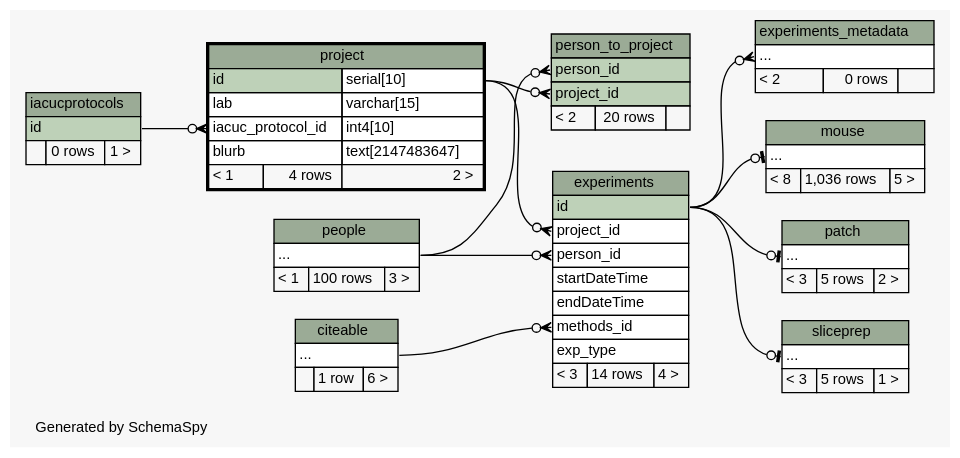
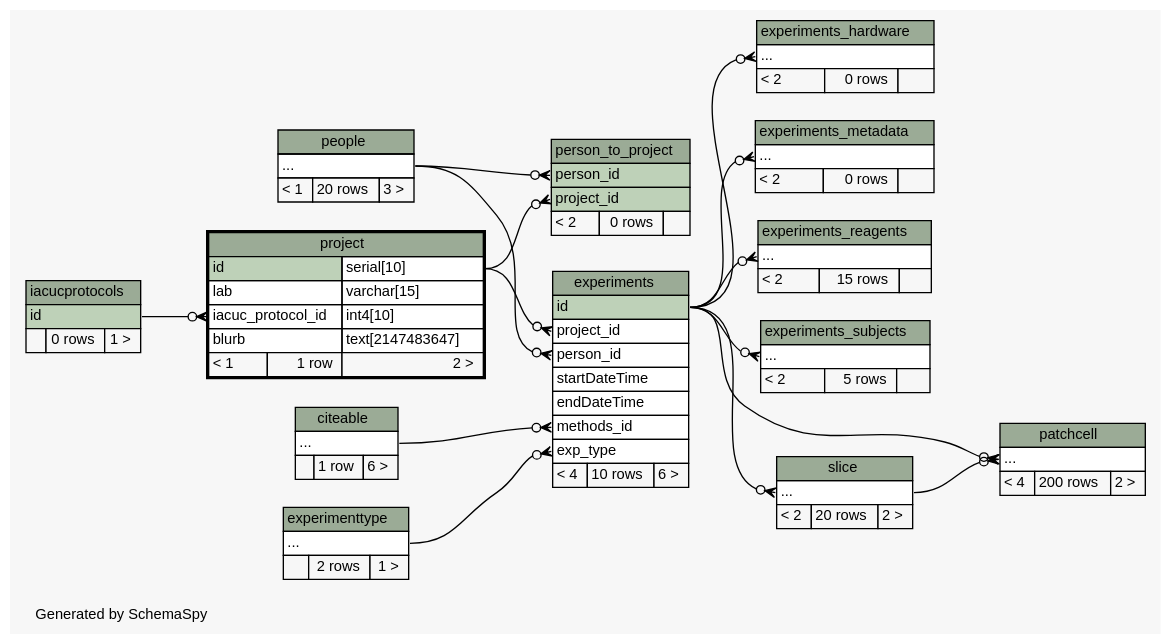
The diagram in database/ss/diagrams/project.2degrees.dot (tgbugs/mlab), drawn with Graphviz before and after one commit. The commit also changed 215 other files, not shown here.

Commit message:
need to clean up cells so that they play nice with the new m-m experiments-subjects

```diff
--- a/database/ss/diagrams/project.2degrees.dot
+++ b/database/ss/diagrams/project.2degrees.dot
@@ -1,142 +1,176 @@
 // dot 2.32.0 on Windows 7 6.1
 // SchemaSpy rev 590
 digraph "twoDegreesRelationshipsDiagram" {
   graph [
     rankdir="RL"
     bgcolor="#f7f7f7"
     label="\nGenerated by SchemaSpy"
     labeljust="l"
     nodesep="0.18"
     ranksep="0.46"
     fontname="Helvetica"
     fontsize="11"
   ];
   node [
     fontname="Helvetica"
     fontsize="11"
     shape="plaintext"
   ];
   edge [
     arrowsize="0.8"
   ];
+  "experiments":"exp_type":w -> "experimenttype":"elipses":e [arrowhead=none dir=back arrowtail=crowodot];
   "experiments":"methods_id":w -> "citeable":"elipses":e [arrowhead=none dir=back arrowtail=crowodot];
   "experiments":"person_id":w -> "people":"elipses":e [arrowhead=none dir=back arrowtail=crowodot];
   "experiments":"project_id":w -> "project":"id.type":e [arrowhead=none dir=back arrowtail=crowodot];
+  "experiments_hardware":"elipses":w -> "experiments":"id":e [arrowhead=none dir=back arrowtail=crowodot];
   "experiments_metadata":"elipses":w -> "experiments":"id":e [arrowhead=none dir=back arrowtail=crowodot];
-  "mouse":"elipses":w -> "experiments":"id":e [arrowhead=none dir=back arrowtail=teeodot];
-  "patch":"elipses":w -> "experiments":"id":e [arrowhead=none dir=back arrowtail=teeodot];
+  "experiments_reagents":"elipses":w -> "experiments":"id":e [arrowhead=none dir=back arrowtail=crowodot];
+  "experiments_subjects":"elipses":w -> "experiments":"id":e [arrowhead=none dir=back arrowtail=crowodot];
+  "patchcell":"elipses":w -> "experiments":"id":e [arrowhead=none dir=back arrowtail=crowodot];
+  "patchcell":"elipses":w -> "slice":"elipses":e [arrowhead=none dir=back arrowtail=crowodot];
   "person_to_project":"person_id":w -> "people":"elipses":e [arrowhead=none dir=back arrowtail=crowodot];
   "person_to_project":"project_id":w -> "project":"id.type":e [arrowhead=none dir=back arrowtail=crowodot];
   "project":"iacuc_protocol_id":w -> "iacucprotocols":"id":e [arrowhead=none dir=back arrowtail=crowodot];
-  "sliceprep":"elipses":w -> "experiments":"id":e [arrowhead=none dir=back arrowtail=teeodot];
+  "slice":"elipses":w -> "experiments":"id":e [arrowhead=none dir=back arrowtail=crowodot];
   "citeable" [
     label=<
     <TABLE BORDER="0" CELLBORDER="1" CELLSPACING="0" BGCOLOR="#ffffff">
       <TR><TD COLSPAN="3" BGCOLOR="#9bab96" ALIGN="CENTER">citeable</TD></TR>
       <TR><TD PORT="elipses" COLSPAN="3" ALIGN="LEFT">...</TD></TR>
       <TR><TD ALIGN="LEFT" BGCOLOR="#f7f7f7">  </TD><TD ALIGN="RIGHT" BGCOLOR="#f7f7f7">1 row</TD><TD ALIGN="RIGHT" BGCOLOR="#f7f7f7">6 &gt;</TD></TR>
     </TABLE>>
     URL="citeable.html"
     tooltip="citeable"
   ];
   "experiments" [
     label=<
     <TABLE BORDER="0" CELLBORDER="1" CELLSPACING="0" BGCOLOR="#ffffff">
       <TR><TD COLSPAN="3" BGCOLOR="#9bab96" ALIGN="CENTER">experiments</TD></TR>
       <TR><TD PORT="id" COLSPAN="3" BGCOLOR="#bed1b8" ALIGN="LEFT">id</TD></TR>
       <TR><TD PORT="project_id" COLSPAN="3" ALIGN="LEFT">project_id</TD></TR>
       <TR><TD PORT="person_id" COLSPAN="3" ALIGN="LEFT">person_id</TD></TR>
       <TR><TD PORT="startDateTime" COLSPAN="3" ALIGN="LEFT">startDateTime</TD></TR>
       <TR><TD PORT="endDateTime" COLSPAN="3" ALIGN="LEFT">endDateTime</TD></TR>
       <TR><TD PORT="methods_id" COLSPAN="3" ALIGN="LEFT">methods_id</TD></TR>
       <TR><TD PORT="exp_type" COLSPAN="3" ALIGN="LEFT">exp_type</TD></TR>
-      <TR><TD ALIGN="LEFT" BGCOLOR="#f7f7f7">&lt; 3</TD><TD ALIGN="RIGHT" BGCOLOR="#f7f7f7">14 rows</TD><TD ALIGN="RIGHT" BGCOLOR="#f7f7f7">4 &gt;</TD></TR>
+      <TR><TD ALIGN="LEFT" BGCOLOR="#f7f7f7">&lt; 4</TD><TD ALIGN="RIGHT" BGCOLOR="#f7f7f7">10 rows</TD><TD ALIGN="RIGHT" BGCOLOR="#f7f7f7">6 &gt;</TD></TR>
     </TABLE>>
     URL="experiments.html"
     tooltip="experiments"
+  ];
+  "experiments_hardware" [
+    label=<
+    <TABLE BORDER="0" CELLBORDER="1" CELLSPACING="0" BGCOLOR="#ffffff">
+      <TR><TD COLSPAN="3" BGCOLOR="#9bab96" ALIGN="CENTER">experiments_hardware</TD></TR>
+      <TR><TD PORT="elipses" COLSPAN="3" ALIGN="LEFT">...</TD></TR>
+      <TR><TD ALIGN="LEFT" BGCOLOR="#f7f7f7">&lt; 2</TD><TD ALIGN="RIGHT" BGCOLOR="#f7f7f7">0 rows</TD><TD ALIGN="RIGHT" BGCOLOR="#f7f7f7">  </TD></TR>
+    </TABLE>>
+    URL="experiments_hardware.html"
+    tooltip="experiments_hardware"
   ];
   "experiments_metadata" [
     label=<
     <TABLE BORDER="0" CELLBORDER="1" CELLSPACING="0" BGCOLOR="#ffffff">
       <TR><TD COLSPAN="3" BGCOLOR="#9bab96" ALIGN="CENTER">experiments_metadata</TD></TR>
       <TR><TD PORT="elipses" COLSPAN="3" ALIGN="LEFT">...</TD></TR>
       <TR><TD ALIGN="LEFT" BGCOLOR="#f7f7f7">&lt; 2</TD><TD ALIGN="RIGHT" BGCOLOR="#f7f7f7">0 rows</TD><TD ALIGN="RIGHT" BGCOLOR="#f7f7f7">  </TD></TR>
     </TABLE>>
     URL="experiments_metadata.html"
     tooltip="experiments_metadata"
   ];
+  "experiments_reagents" [
+    label=<
+    <TABLE BORDER="0" CELLBORDER="1" CELLSPACING="0" BGCOLOR="#ffffff">
+      <TR><TD COLSPAN="3" BGCOLOR="#9bab96" ALIGN="CENTER">experiments_reagents</TD></TR>
+      <TR><TD PORT="elipses" COLSPAN="3" ALIGN="LEFT">...</TD></TR>
+      <TR><TD ALIGN="LEFT" BGCOLOR="#f7f7f7">&lt; 2</TD><TD ALIGN="RIGHT" BGCOLOR="#f7f7f7">15 rows</TD><TD ALIGN="RIGHT" BGCOLOR="#f7f7f7">  </TD></TR>
+    </TABLE>>
+    URL="experiments_reagents.html"
+    tooltip="experiments_reagents"
+  ];
+  "experiments_subjects" [
+    label=<
+    <TABLE BORDER="0" CELLBORDER="1" CELLSPACING="0" BGCOLOR="#ffffff">
+      <TR><TD COLSPAN="3" BGCOLOR="#9bab96" ALIGN="CENTER">experiments_subjects</TD></TR>
+      <TR><TD PORT="elipses" COLSPAN="3" ALIGN="LEFT">...</TD></TR>
+      <TR><TD ALIGN="LEFT" BGCOLOR="#f7f7f7">&lt; 2</TD><TD ALIGN="RIGHT" BGCOLOR="#f7f7f7">5 rows</TD><TD ALIGN="RIGHT" BGCOLOR="#f7f7f7">  </TD></TR>
+    </TABLE>>
+    URL="experiments_subjects.html"
+    tooltip="experiments_subjects"
+  ];
+  "experimenttype" [
+    label=<
+    <TABLE BORDER="0" CELLBORDER="1" CELLSPACING="0" BGCOLOR="#ffffff">
+      <TR><TD COLSPAN="3" BGCOLOR="#9bab96" ALIGN="CENTER">experimenttype</TD></TR>
+      <TR><TD PORT="elipses" COLSPAN="3" ALIGN="LEFT">...</TD></TR>
+      <TR><TD ALIGN="LEFT" BGCOLOR="#f7f7f7">  </TD><TD ALIGN="RIGHT" BGCOLOR="#f7f7f7">2 rows</TD><TD ALIGN="RIGHT" BGCOLOR="#f7f7f7">1 &gt;</TD></TR>
+    </TABLE>>
+    URL="experimenttype.html"
+    tooltip="experimenttype"
+  ];
   "iacucprotocols" [
     label=<
     <TABLE BORDER="0" CELLBORDER="1" CELLSPACING="0" BGCOLOR="#ffffff">
       <TR><TD COLSPAN="3" BGCOLOR="#9bab96" ALIGN="CENTER">iacucprotocols</TD></TR>
       <TR><TD PORT="id" COLSPAN="3" BGCOLOR="#bed1b8" ALIGN="LEFT">id</TD></TR>
       <TR><TD ALIGN="LEFT" BGCOLOR="#f7f7f7">  </TD><TD ALIGN="RIGHT" BGCOLOR="#f7f7f7">0 rows</TD><TD ALIGN="RIGHT" BGCOLOR="#f7f7f7">1 &gt;</TD></TR>
     </TABLE>>
     URL="iacucprotocols.html"
     tooltip="iacucprotocols"
   ];
-  "mouse" [
+  "patchcell" [
     label=<
     <TABLE BORDER="0" CELLBORDER="1" CELLSPACING="0" BGCOLOR="#ffffff">
-      <TR><TD COLSPAN="3" BGCOLOR="#9bab96" ALIGN="CENTER">mouse</TD></TR>
+      <TR><TD COLSPAN="3" BGCOLOR="#9bab96" ALIGN="CENTER">patchcell</TD></TR>
       <TR><TD PORT="elipses" COLSPAN="3" ALIGN="LEFT">...</TD></TR>
-      <TR><TD ALIGN="LEFT" BGCOLOR="#f7f7f7">&lt; 8</TD><TD ALIGN="RIGHT" BGCOLOR="#f7f7f7">1,036 rows</TD><TD ALIGN="RIGHT" BGCOLOR="#f7f7f7">5 &gt;</TD></TR>
+      <TR><TD ALIGN="LEFT" BGCOLOR="#f7f7f7">&lt; 4</TD><TD ALIGN="RIGHT" BGCOLOR="#f7f7f7">200 rows</TD><TD ALIGN="RIGHT" BGCOLOR="#f7f7f7">2 &gt;</TD></TR>
     </TABLE>>
-    URL="mouse.html"
-    tooltip="mouse"
-  ];
-  "patch" [
-    label=<
-    <TABLE BORDER="0" CELLBORDER="1" CELLSPACING="0" BGCOLOR="#ffffff">
-      <TR><TD COLSPAN="3" BGCOLOR="#9bab96" ALIGN="CENTER">patch</TD></TR>
-      <TR><TD PORT="elipses" COLSPAN="3" ALIGN="LEFT">...</TD></TR>
-      <TR><TD ALIGN="LEFT" BGCOLOR="#f7f7f7">&lt; 3</TD><TD ALIGN="RIGHT" BGCOLOR="#f7f7f7">5 rows</TD><TD ALIGN="RIGHT" BGCOLOR="#f7f7f7">2 &gt;</TD></TR>
-    </TABLE>>
-    URL="patch.html"
-    tooltip="patch"
+    URL="patchcell.html"
+    tooltip="patchcell"
   ];
   "people" [
     label=<
     <TABLE BORDER="0" CELLBORDER="1" CELLSPACING="0" BGCOLOR="#ffffff">
       <TR><TD COLSPAN="3" BGCOLOR="#9bab96" ALIGN="CENTER">people</TD></TR>
       <TR><TD PORT="elipses" COLSPAN="3" ALIGN="LEFT">...</TD></TR>
-      <TR><TD ALIGN="LEFT" BGCOLOR="#f7f7f7">&lt; 1</TD><TD ALIGN="RIGHT" BGCOLOR="#f7f7f7">100 rows</TD><TD ALIGN="RIGHT" BGCOLOR="#f7f7f7">3 &gt;</TD></TR>
+      <TR><TD ALIGN="LEFT" BGCOLOR="#f7f7f7">&lt; 1</TD><TD ALIGN="RIGHT" BGCOLOR="#f7f7f7">20 rows</TD><TD ALIGN="RIGHT" BGCOLOR="#f7f7f7">3 &gt;</TD></TR>
     </TABLE>>
     URL="people.html"
     tooltip="people"
   ];
   "person_to_project" [
     label=<
     <TABLE BORDER="0" CELLBORDER="1" CELLSPACING="0" BGCOLOR="#ffffff">
       <TR><TD COLSPAN="3" BGCOLOR="#9bab96" ALIGN="CENTER">person_to_project</TD></TR>
       <TR><TD PORT="person_id" COLSPAN="3" BGCOLOR="#bed1b8" ALIGN="LEFT">person_id</TD></TR>
       <TR><TD PORT="project_id" COLSPAN="3" BGCOLOR="#bed1b8" ALIGN="LEFT">project_id</TD></TR>
-      <TR><TD ALIGN="LEFT" BGCOLOR="#f7f7f7">&lt; 2</TD><TD ALIGN="RIGHT" BGCOLOR="#f7f7f7">20 rows</TD><TD ALIGN="RIGHT" BGCOLOR="#f7f7f7">  </TD></TR>
+      <TR><TD ALIGN="LEFT" BGCOLOR="#f7f7f7">&lt; 2</TD><TD ALIGN="RIGHT" BGCOLOR="#f7f7f7">0 rows</TD><TD ALIGN="RIGHT" BGCOLOR="#f7f7f7">  </TD></TR>
     </TABLE>>
     URL="person_to_project.html"
     tooltip="person_to_project"
   ];
   "project" [
     label=<
     <TABLE BORDER="2" CELLBORDER="1" CELLSPACING="0" BGCOLOR="#ffffff">
       <TR><TD COLSPAN="3" BGCOLOR="#9bab96" ALIGN="CENTER">project</TD></TR>
       <TR><TD PORT="id" COLSPAN="2" BGCOLOR="#bed1b8" ALIGN="LEFT">id</TD><TD PORT="id.type" ALIGN="LEFT">serial[10]</TD></TR>
       <TR><TD PORT="lab" COLSPAN="2" ALIGN="LEFT">lab</TD><TD PORT="lab.type" ALIGN="LEFT">varchar[15]</TD></TR>
       <TR><TD PORT="iacuc_protocol_id" COLSPAN="2" ALIGN="LEFT">iacuc_protocol_id</TD><TD PORT="iacuc_protocol_id.type" ALIGN="LEFT">int4[10]</TD></TR>
       <TR><TD PORT="blurb" COLSPAN="2" ALIGN="LEFT">blurb</TD><TD PORT="blurb.type" ALIGN="LEFT">text[2147483647]</TD></TR>
-      <TR><TD ALIGN="LEFT" BGCOLOR="#f7f7f7">&lt; 1</TD><TD ALIGN="RIGHT" BGCOLOR="#f7f7f7">4 rows</TD><TD ALIGN="RIGHT" BGCOLOR="#f7f7f7">2 &gt;</TD></TR>
+      <TR><TD ALIGN="LEFT" BGCOLOR="#f7f7f7">&lt; 1</TD><TD ALIGN="RIGHT" BGCOLOR="#f7f7f7">1 row</TD><TD ALIGN="RIGHT" BGCOLOR="#f7f7f7">2 &gt;</TD></TR>
     </TABLE>>
     URL="project.html"
     tooltip="project"
   ];
-  "sliceprep" [
+  "slice" [
     label=<
     <TABLE BORDER="0" CELLBORDER="1" CELLSPACING="0" BGCOLOR="#ffffff">
-      <TR><TD COLSPAN="3" BGCOLOR="#9bab96" ALIGN="CENTER">sliceprep</TD></TR>
+      <TR><TD COLSPAN="3" BGCOLOR="#9bab96" ALIGN="CENTER">slice</TD></TR>
       <TR><TD PORT="elipses" COLSPAN="3" ALIGN="LEFT">...</TD></TR>
-      <TR><TD ALIGN="LEFT" BGCOLOR="#f7f7f7">&lt; 3</TD><TD ALIGN="RIGHT" BGCOLOR="#f7f7f7">5 rows</TD><TD ALIGN="RIGHT" BGCOLOR="#f7f7f7">1 &gt;</TD></TR>
+      <TR><TD ALIGN="LEFT" BGCOLOR="#f7f7f7">&lt; 2</TD><TD ALIGN="RIGHT" BGCOLOR="#f7f7f7">20 rows</TD><TD ALIGN="RIGHT" BGCOLOR="#f7f7f7">2 &gt;</TD></TR>
     </TABLE>>
-    URL="sliceprep.html"
-    tooltip="sliceprep"
+    URL="slice.html"
+    tooltip="slice"
   ];
 }
```
